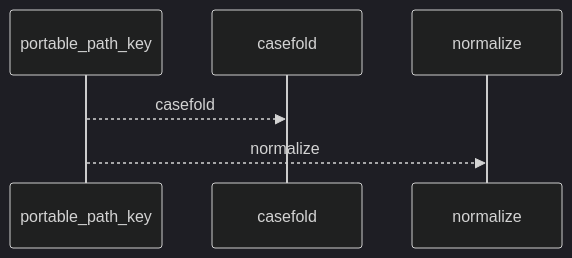
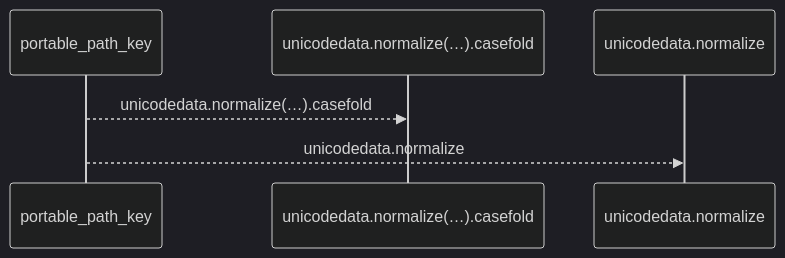
The first of 2 diagrams in docs/llm_wiki/flows/api-portable_path_key.md (Denissvgn/python-wiki-llm), drawn with Mermaid (dark theme) before and after one commit. The commit also changed other lines of this file and 719 other files, not shown here.

````diff
--- a/docs/llm_wiki/flows/api-portable_path_key.md
+++ b/docs/llm_wiki/flows/api-portable_path_key.md
@@ -10,8 +10,8 @@
 ```mermaid
 sequenceDiagram
     participant p0 as portable_path_key
-    participant p1 as casefold
-    participant p2 as normalize
-    p0-->>p1: casefold
-    p0-->>p2: normalize
+    participant p1 as unicodedata.normalize(…).casefold
+    participant p2 as unicodedata.normalize
+    p0-->>p1: unicodedata.normalize(…).casefold
+    p0-->>p2: unicodedata.normalize
 ```
````
